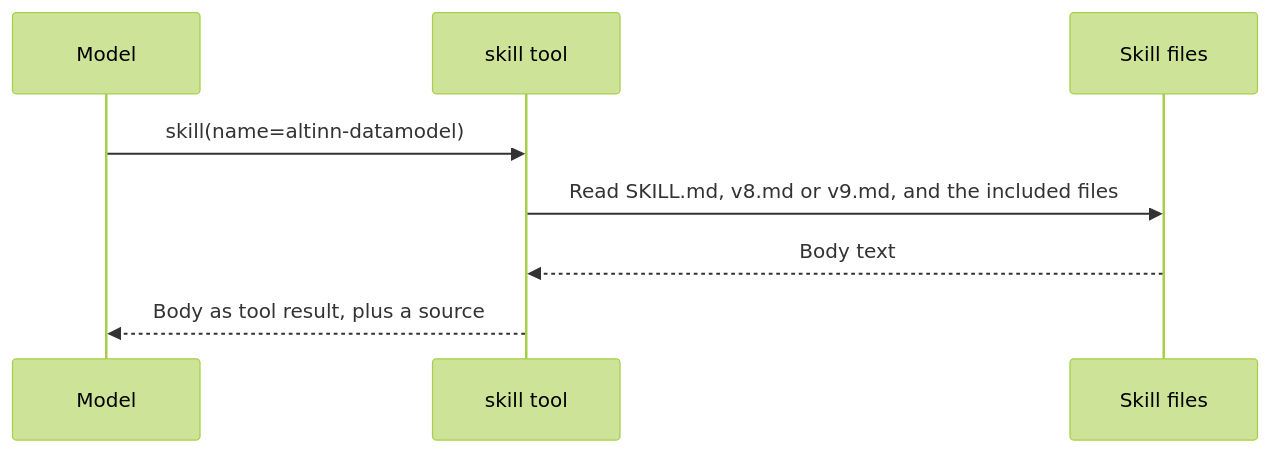
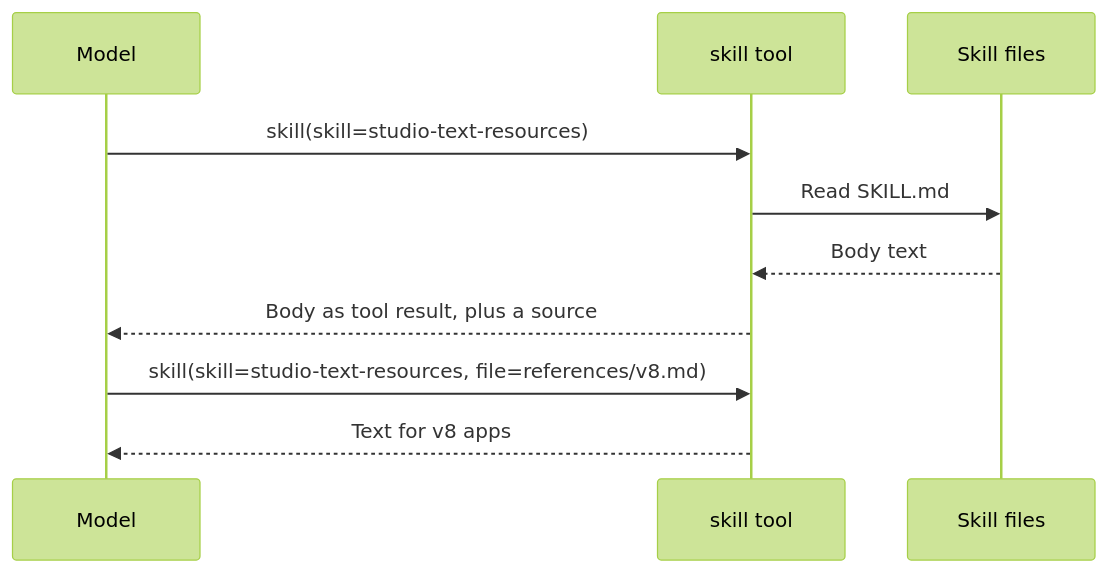
Before and after one commit to Altinn/altinn-studio: the second of 3 diagrams in src/AI/assistant/docs/modules/prompt-and-skills.md, drawn with Mermaid (forest theme). The commit also changed other lines of this file and 33 other files, not shown here.

````diff
--- a/src/AI/assistant/docs/modules/prompt-and-skills.md
+++ b/src/AI/assistant/docs/modules/prompt-and-skills.md
@@ -25,10 +25,12 @@
 ```mermaid
 sequenceDiagram
   participant M as Model
   participant T as skill tool
   participant F as Skill files
-  M->>T: skill(name=altinn-datamodel)
-  T->>F: Read SKILL.md, v8.md or v9.md, and the included files
+  M->>T: skill(skill=studio-text-resources)
+  T->>F: Read SKILL.md
   F-->>T: Body text
   T-->>M: Body as tool result, plus a source
+  M->>T: skill(skill=studio-text-resources, file=references/v8.md)
+  T-->>M: Text for v8 apps
 ```
````
